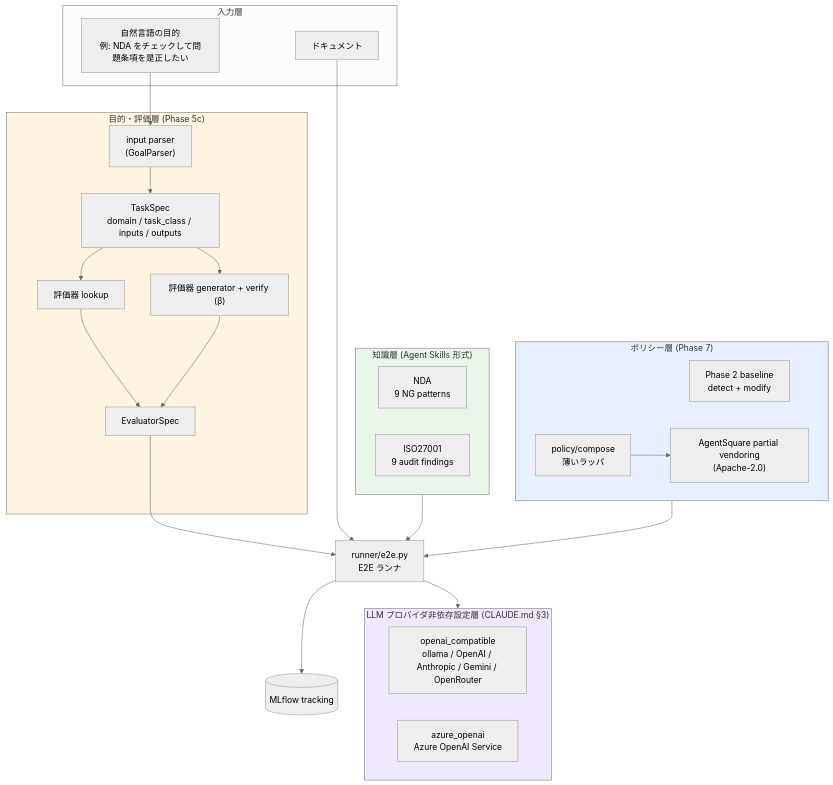
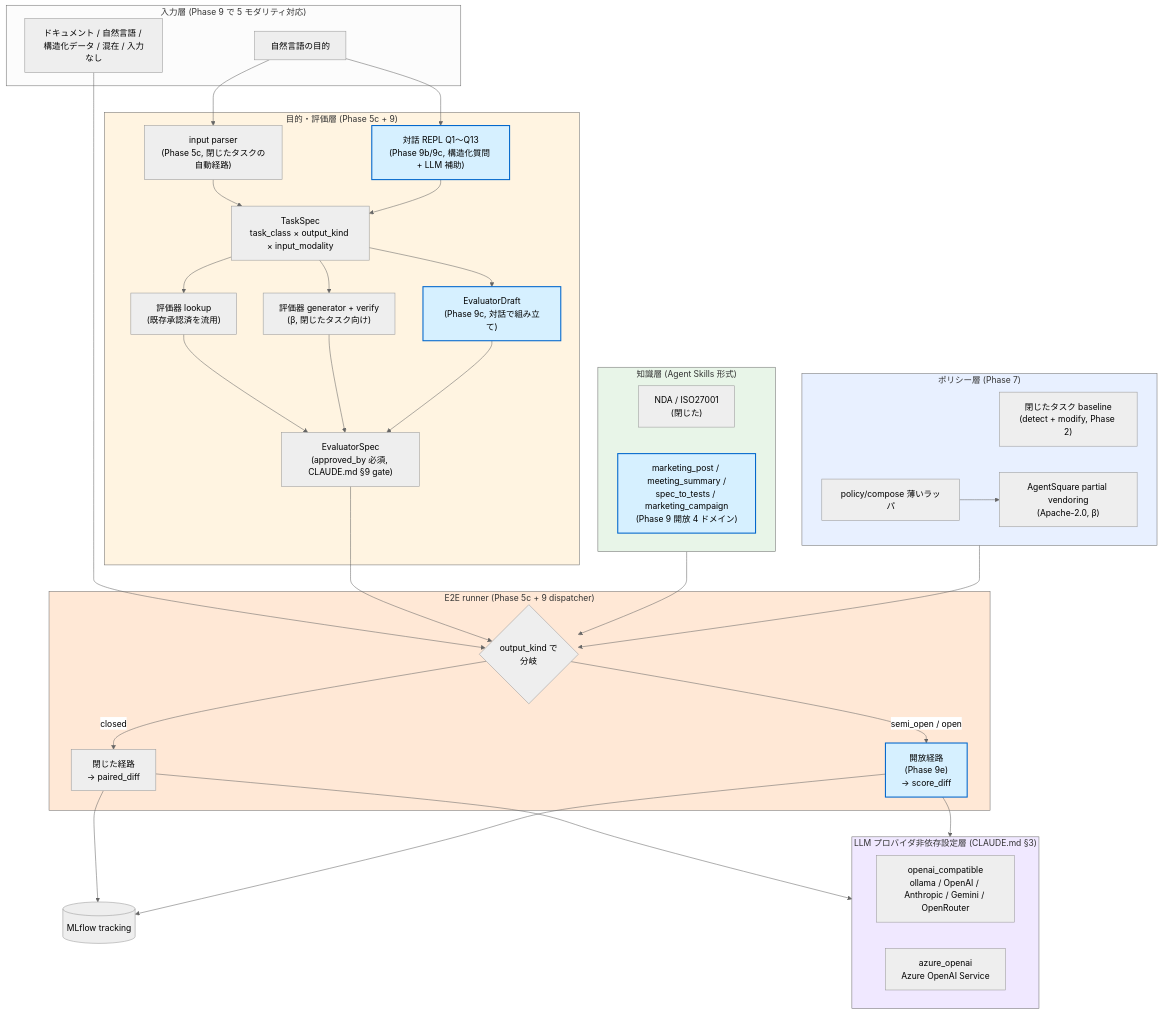
One commit to Jncch/tsumiki changed the first of 5 diagrams in docs/experiments/phase8_zenn_draft_v0.md. Above: the diagram before and after it, drawn with Mermaid (neutral theme). The commit also changed other lines of this file, not shown here.

Commit message:
docs(zenn): §1.1 全体図に Phase 9 を統合
Phase 9 で追加した要素を §1.1 アーキテクチャ図に統合し、
記事冒頭で全体構造が 1 枚で見通せるようにする。

統合した Phase 9 要素 (青枠 + 太線で強調):
- 入力層: 5 モダリティ対応 (doc/free_text/structured/mixed/none)
- 対話 REPL Q1〜Q13: Phase 9b/9c の構造化質問経路
- EvaluatorDraft: Phase 9c の対話で組み立てた評価器ドラフト
- 知識層に開放 4 ドメイン (marketing_post / meeting_summary /
  spec_to_tests / marketing_campaign)
- E2E runner の dispatcher: output_kind で「閉じた → paired_diff /
  開放 → score_diff」を機械的に分岐 (Phase 9e)

評価器の経路は lookup / generator / dialog の 3 経路を並列表示し、
全部が EvaluatorSpec (approved_by 必須, CLAUDE.md §9 gate) に
集約される構造を明示。

§5.5 補遺の対話 6 stage 図は詳細図として残置。§1.1 は統合の俯瞰図、
§5.5 は対話フロー詳細図、と役割分担。

999 行 / 39,730 字。Mermaid 5 枚。

````diff
--- a/docs/experiments/phase8_zenn_draft_v0.md
+++ b/docs/experiments/phase8_zenn_draft_v0.md
@@ -68,54 +68,78 @@
 ```mermaid
 flowchart TB
-  subgraph Input["入力層"]
-    Goal["自然言語の目的<br/>例: NDA をチェックして問題条項を是正したい"]
-    Doc["ドキュメント"]
+  subgraph Input["入力層 (Phase 9 で 5 モダリティ対応)"]
+    Goal["自然言語の目的"]
+    Body["ドキュメント / 自然言語 / 構造化データ / 混在 / 入力なし"]
   end
 
-  subgraph GoalLayer["目的・評価層 (Phase 5c)"]
-    Parser["input parser<br/>(GoalParser)"]
-    TaskSpec["TaskSpec<br/>domain / task_class / inputs / outputs"]
-    Lookup["評価器 lookup"]
-    GenPath["評価器 generator + verify (β)"]
-    EvalSpec["EvaluatorSpec"]
+  subgraph GoalLayer["目的・評価層 (Phase 5c + 9)"]
+    Parser["input parser<br/>(Phase 5c, 閉じたタスクの自動経路)"]
+    Dialog["対話 REPL Q1〜Q13<br/>(Phase 9b/9c, 構造化質問 + LLM 補助)"]
+    TaskSpec["TaskSpec<br/>task_class × output_kind × input_modality"]
+    Lookup["評価器 lookup<br/>(既存承認済を流用)"]
+    GenPath["評価器 generator + verify<br/>(β, 閉じたタスク向け)"]
+    Draft["EvaluatorDraft<br/>(Phase 9c, 対話で組み立て)"]
+    EvalSpec["EvaluatorSpec<br/>(approved_by 必須, CLAUDE.md §9 gate)"]
   end
 
   subgraph Knowledge["知識層 (Agent Skills 形式)"]
-    NDA["NDA<br/>9 NG patterns"]
-    ISO["ISO27001<br/>9 audit findings"]
+    Closed["NDA / ISO27001<br/>(閉じた)"]
+    Open["marketing_post / meeting_summary /<br/>spec_to_tests / marketing_campaign<br/>(Phase 9 開放 4 ドメイン)"]
   end
 
   subgraph Policy["ポリシー層 (Phase 7)"]
-    Phase2["Phase 2 baseline<br/>detect + modify"]
-    Compose["policy/compose<br/>薄いラッパ"]
-    AS["AgentSquare partial vendoring<br/>(Apache-2.0)"]
+    Phase2["閉じたタスク baseline<br/>(detect + modify, Phase 2)"]
+    Compose["policy/compose 薄いラッパ"]
+    AS["AgentSquare partial vendoring<br/>(Apache-2.0, β)"]
   end
 
   subgraph Provider["LLM プロバイダ非依存設定層 (CLAUDE.md §3)"]
     OAI["openai_compatible<br/>ollama / OpenAI / Anthropic / Gemini / OpenRouter"]
     Azure["azure_openai<br/>Azure OpenAI Service"]
   end
 
-  Runner["runner/e2e.py<br/>E2E ランナ"]
+  subgraph RunnerLayer["E2E runner (Phase 5c + 9 dispatcher)"]
+    Dispatcher{"output_kind で<br/>分岐"}
+    Closed_Path["閉じた経路<br/>→ paired_diff"]
+    Open_Path["開放経路<br/>(Phase 9e)<br/>→ score_diff"]
+  end
+
   MLflow[("MLflow tracking")]
 
-  Goal --> Parser --> TaskSpec
+  Goal --> Parser
+  Goal --> Dialog
+  Parser --> TaskSpec
+  Dialog --> TaskSpec
+
   TaskSpec --> Lookup
   TaskSpec --> GenPath
+  TaskSpec --> Draft
+
   Lookup --> EvalSpec
   GenPath --> EvalSpec
+  Draft --> EvalSpec
 
-  EvalSpec --> Runner
-  Knowledge --> Runner
-  Doc --> Runner
-  Policy --> Runner
+  Body --> Dispatcher
+  EvalSpec --> Dispatcher
+  Knowledge --> Dispatcher
+  Policy --> Dispatcher
   Compose --> AS
 
-  Runner --> Provider
-  Runner --> MLflow
+  Dispatcher -->|closed| Closed_Path
+  Dispatcher -->|semi_open / open| Open_Path
+
+  Closed_Path --> Provider
+  Open_Path --> Provider
+  Closed_Path --> MLflow
+  Open_Path --> MLflow
 
   style Knowledge fill:#e8f5e8
   style GoalLayer fill:#fff4e1
   style Policy fill:#e8f0ff
   style Provider fill:#f0e8ff
+  style RunnerLayer fill:#ffe8d6
+  style Dialog fill:#d6f0ff,stroke:#0066cc,stroke-width:2px
+  style Draft fill:#d6f0ff,stroke:#0066cc,stroke-width:2px
+  style Open fill:#d6f0ff,stroke:#0066cc,stroke-width:2px
+  style Open_Path fill:#d6f0ff,stroke:#0066cc,stroke-width:2px
 ```
````
